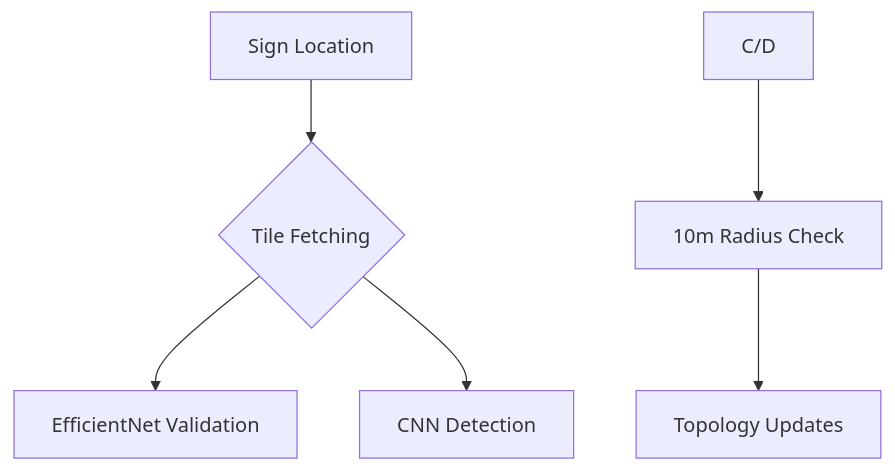
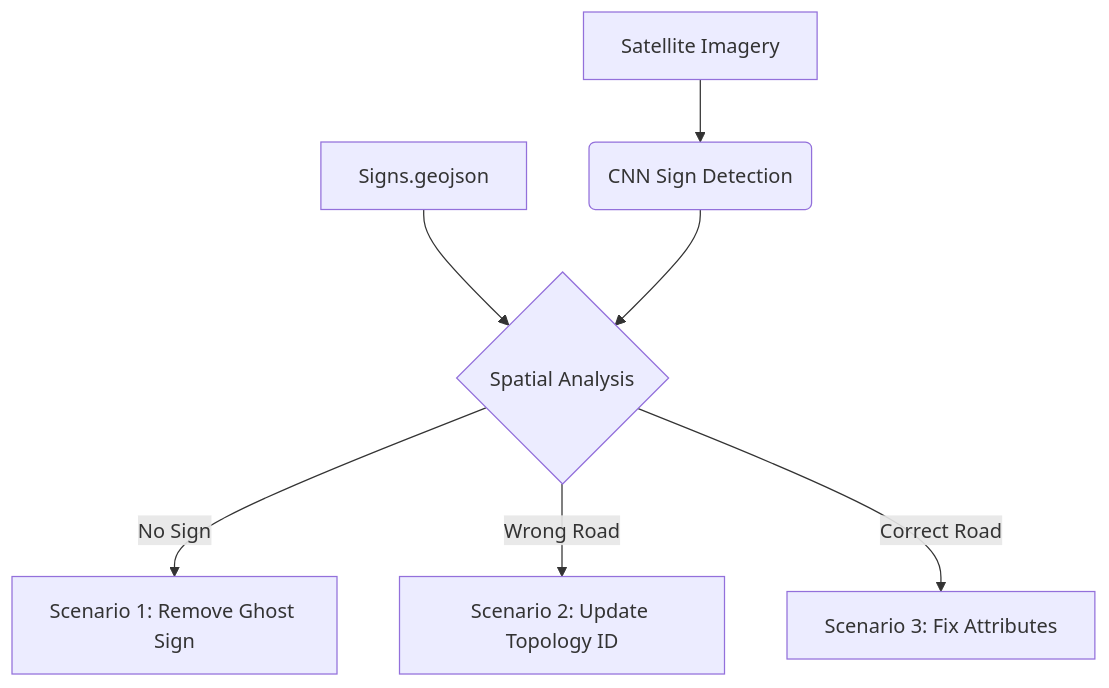
The diagram in README.md (shaikssam65/Hackathon), drawn with Mermaid before and after one commit. The commit also changed other lines of this file, not shown here.

````diff
--- a/README.md
+++ b/README.md
@@ -137,8 +32,9 @@
 ```mermaid
 graph TD
-  A[Sign Location] --> B{Tile Fetching}
-  B --> C[EfficientNet Validation]
-  B --> D[CNN Detection]
-  C/D --> E[10m Radius Check]
-  E --> F[Topology Updates]
+    A[Satellite Imagery] --> B(CNN Sign Detection)
+    C[Signs.geojson] --> D{Spatial Analysis}
+    B --> D
+    D -->|No Sign| E[Scenario 1: Remove Ghost Sign]
+    D -->|Wrong Road| F[Scenario 2: Update Topology ID]
+    D -->|Correct Road| G[Scenario 3: Fix Attributes]
 ```
````
